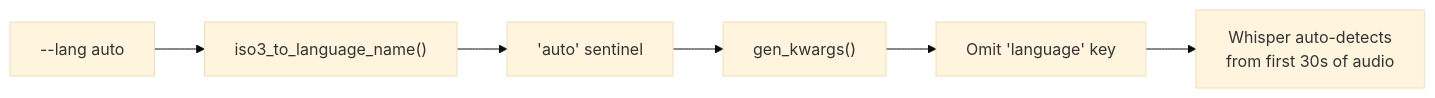
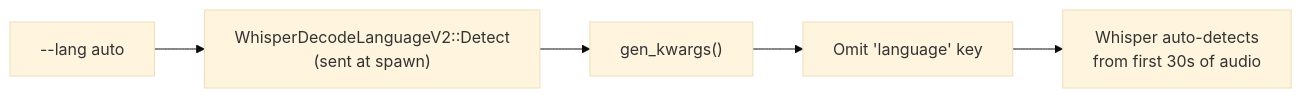
Before and after one commit to FranklinChen/talkbank-tools: the second of 2 diagrams in book/src/batchalign/reference/whisper-asr.md, drawn with Mermaid (base theme). The commit also changed other lines of this file and 38 other files, not shown here.

````diff
--- a/book/src/batchalign/reference/whisper-asr.md
+++ b/book/src/batchalign/reference/whisper-asr.md
@@ -218,8 +268,7 @@
 ```mermaid
 graph LR
-    A["--lang auto"] --> B["iso3_to_language_name()"]
-    B --> C["'auto' sentinel"]
-    C --> D["gen_kwargs()"]
+    A["--lang auto"] --> B["WhisperDecodeLanguageV2::Detect<br/>(sent at spawn)"]
+    B --> D["gen_kwargs()"]
     D --> E["Omit 'language' key"]
-    E --> F["Whisper auto-detects\nfrom first 30s of audio"]
+    E --> F["Whisper auto-detects<br/>from first 30s of audio"]
 ```
````
